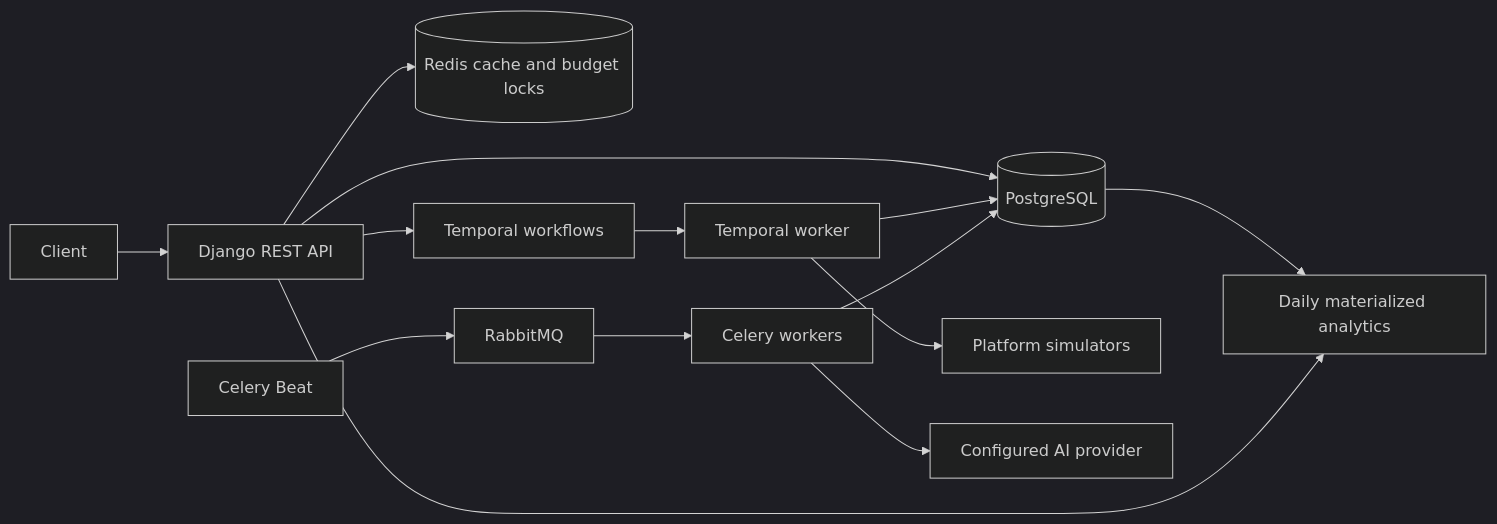
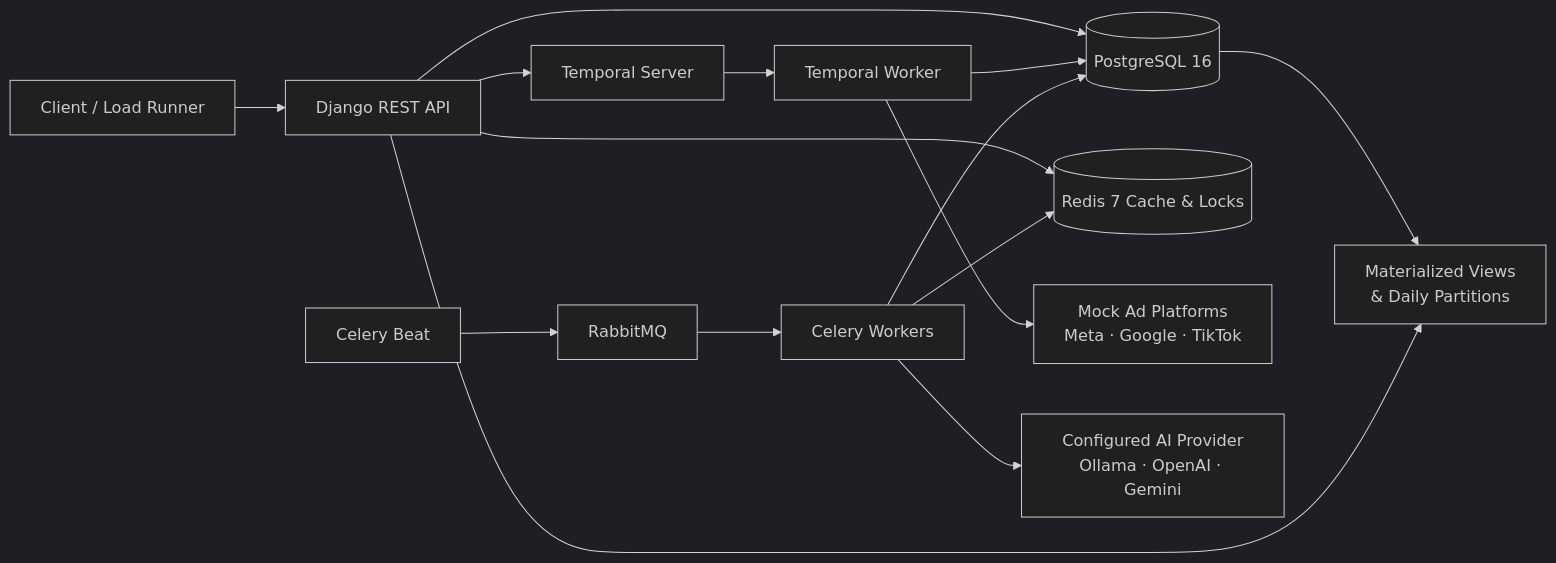
Before and after one commit to ShivanshHingve2804/adorchestrator: the diagram in docs/ARCHITECTURE.md, drawn with Mermaid (dark theme). The commit also changed other lines of this file and 6 other files, not shown here.

````diff
--- a/docs/ARCHITECTURE.md
+++ b/docs/ARCHITECTURE.md
@@ -5,16 +5,17 @@
 ```mermaid
 flowchart LR
-  Client --> API[Django REST API]
-  API --> PG[(PostgreSQL)]
-  API --> Redis[(Redis cache and budget locks)]
-  API --> Temporal[Temporal workflows]
-  Temporal --> Worker[Temporal worker]
-  Worker --> Mock[Platform simulators]
-  Worker --> PG
-  Beat[Celery Beat] --> Queue[RabbitMQ]
-  Queue --> Celery[Celery workers]
-  Celery --> PG
-  Celery --> AI[Configured AI provider]
-  PG --> MV[Daily materialized analytics]
+  Client[Client / Load Runner] --> API[Django REST API]
+  API --> PG[(PostgreSQL 16)]
+  API --> Redis[(Redis 7 Cache & Locks)]
+  API --> Temporal[Temporal Server]
+  Temporal --> TWorker[Temporal Worker]
+  TWorker --> Mock[Mock Ad Platforms\nMeta · Google · TikTok]
+  TWorker --> PG
+  Beat[Celery Beat] --> RMQ[RabbitMQ]
+  RMQ --> CWorker[Celery Workers]
+  CWorker --> PG
+  CWorker --> Redis
+  CWorker --> AI[Configured AI Provider\nOllama · OpenAI · Gemini]
+  PG --> MV[Materialized Views\n& Daily Partitions]
   API --> MV
 ```
````
